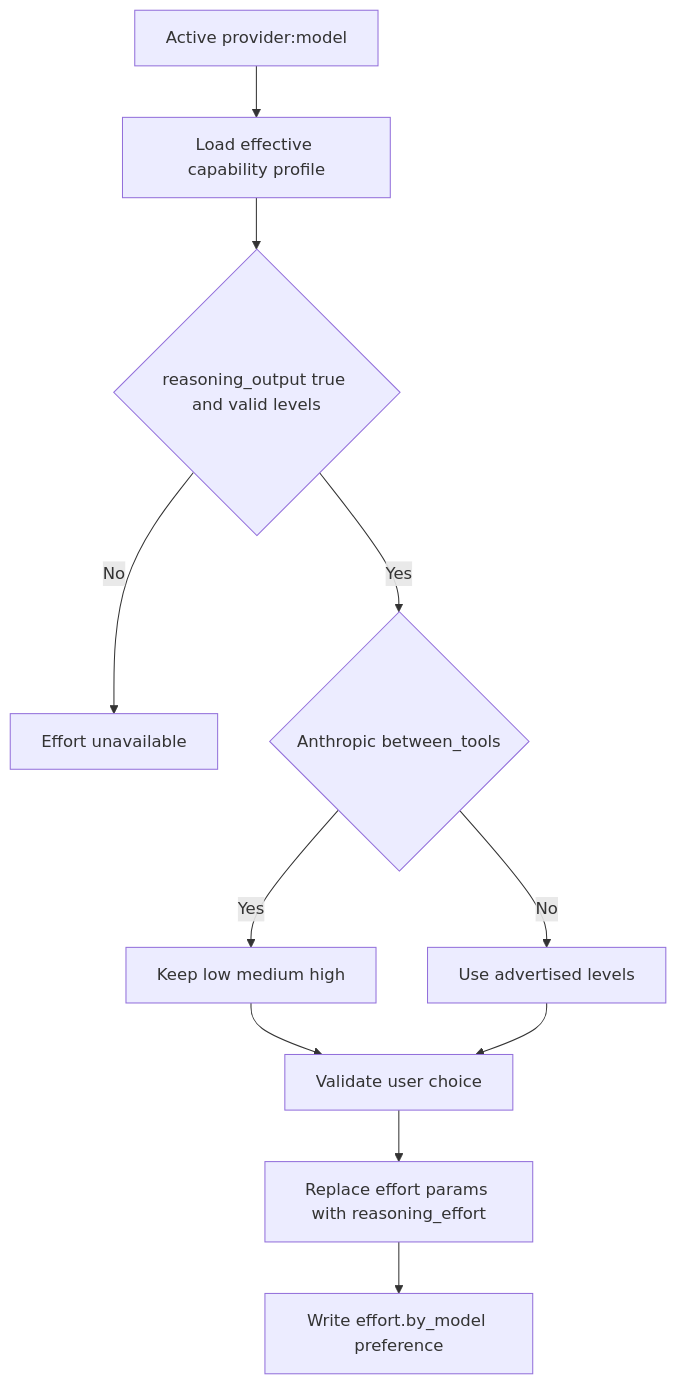
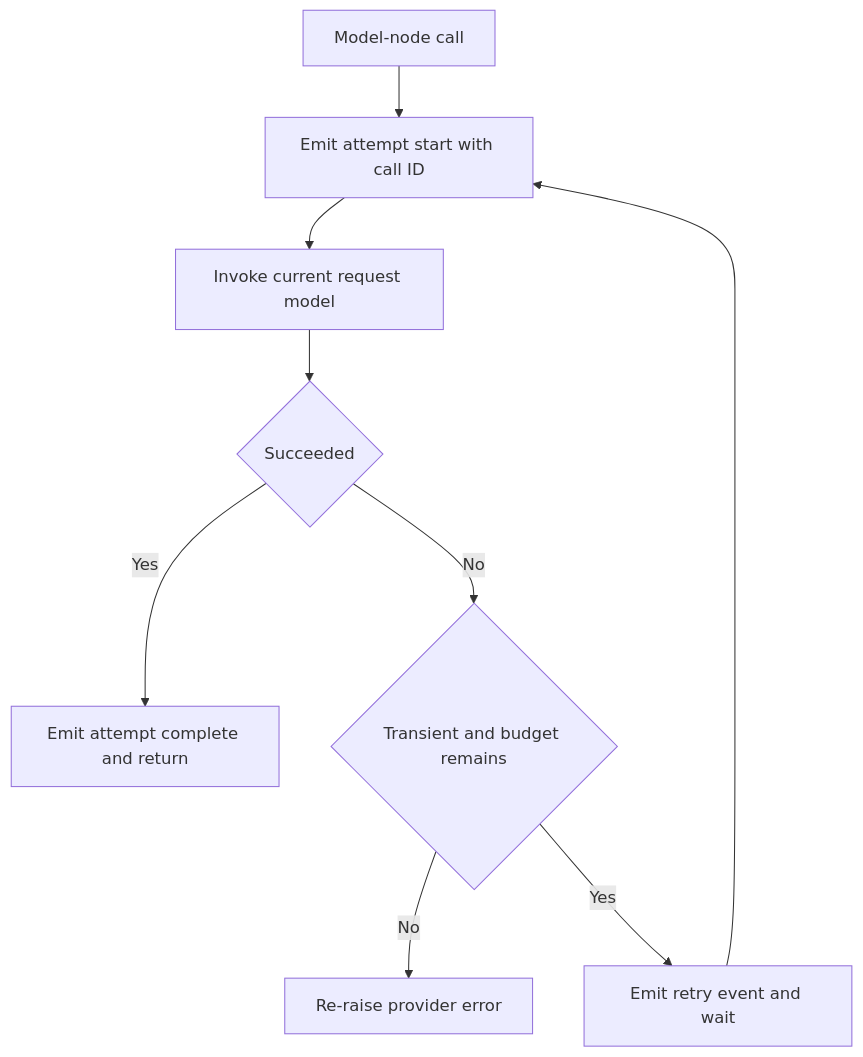
The second of 3 diagrams in openwiki/concepts/profiles-models.md (langchain-ai/deepagents), drawn with Mermaid before and after one commit. The commit also changed other lines of this file and 35 other files, not shown here.

````diff
--- a/openwiki/concepts/profiles-models.md
+++ b/openwiki/concepts/profiles-models.md
@@ -109,13 +106,11 @@
 ```mermaid
 flowchart TD
-    Start["Active provider:model"] --> Profile["Load effective capability profile"]
-    Profile --> Check{"reasoning_output true and valid levels"}
-    Check -->|No| Unavailable["Effort unavailable"]
-    Check -->|Yes| Mode{"Anthropic between_tools"}
-    Mode -->|Yes| Filter["Keep low medium high"]
-    Mode -->|No| Levels["Use advertised levels"]
-    Filter --> Choice["Validate user choice"]
-    Levels --> Choice
-    Choice --> Apply["Replace effort params with reasoning_effort"]
-    Apply --> Save["Write effort.by_model preference"]
+    Call["Model-node call"] --> Start["Emit attempt start with call ID"]
+    Start --> Invoke["Invoke current request model"]
+    Invoke --> Success{"Succeeded"}
+    Success -->|Yes| Complete["Emit attempt complete and return"]
+    Success -->|No| Classify{"Transient and budget remains"}
+    Classify -->|No| Raise["Re-raise provider error"]
+    Classify -->|Yes| Delay["Emit retry event and wait"]
+    Delay --> Start
 ```
````
